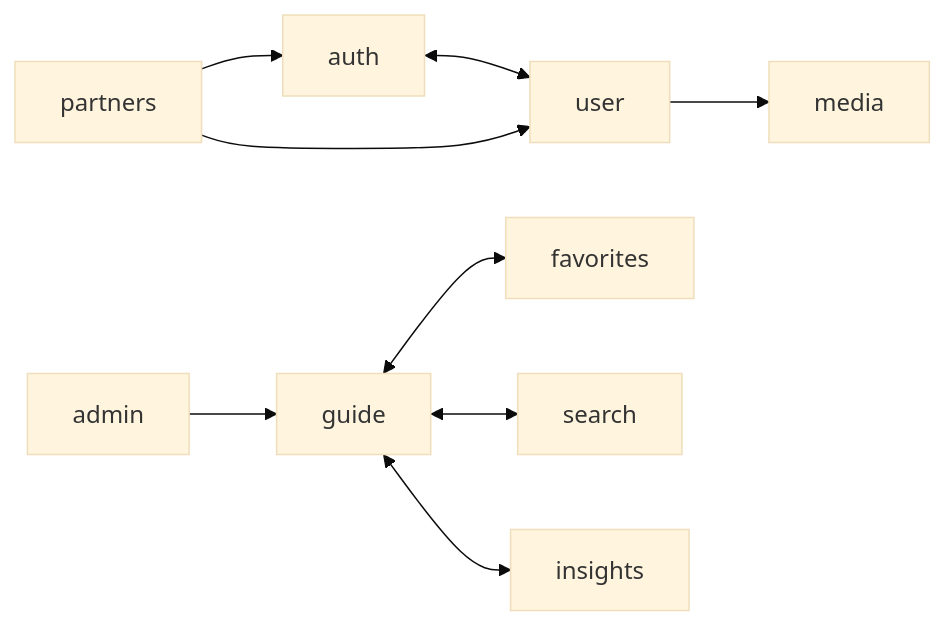
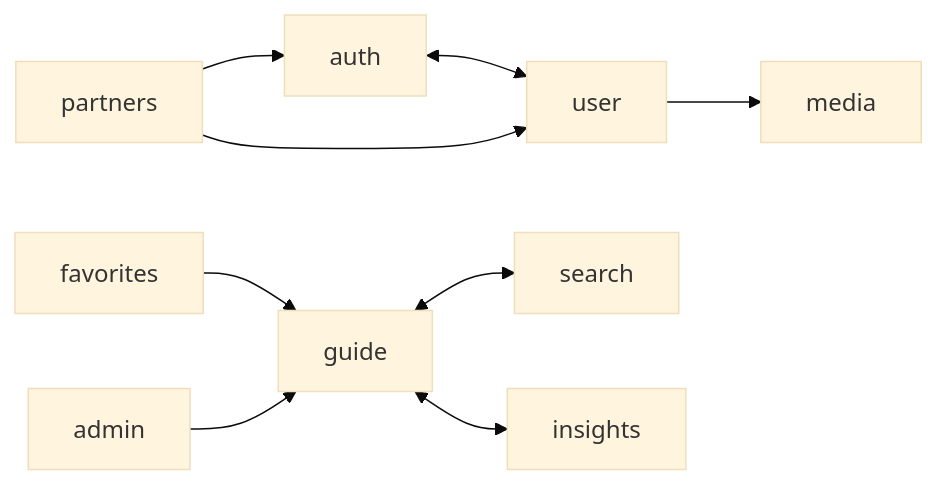
One commit to heliuscozinhacontemporanea-ai/Use-guide-Claud changed the second of 3 diagrams in docs/arquitetura/02-grafo-dependencias.md. Above: the diagram before and after it, drawn with Mermaid (base theme). The commit also changed other lines of this file and 1 other file, not shown here.

First line of the commit message:
Grafo: ciclo guide ↔ favorites resolvido no anúncio; débito B65

````diff
--- a/docs/arquitetura/02-grafo-dependencias.md
+++ b/docs/arquitetura/02-grafo-dependencias.md
@@ -157,11 +157,11 @@
 ```mermaid
 graph LR
   auth <--> user
-  guide <--> favorites
+  favorites --> guide
   guide <--> search
   guide <--> insights
   user --> media
   partners --> auth
   partners --> user
   admin --> guide
 ```
````
